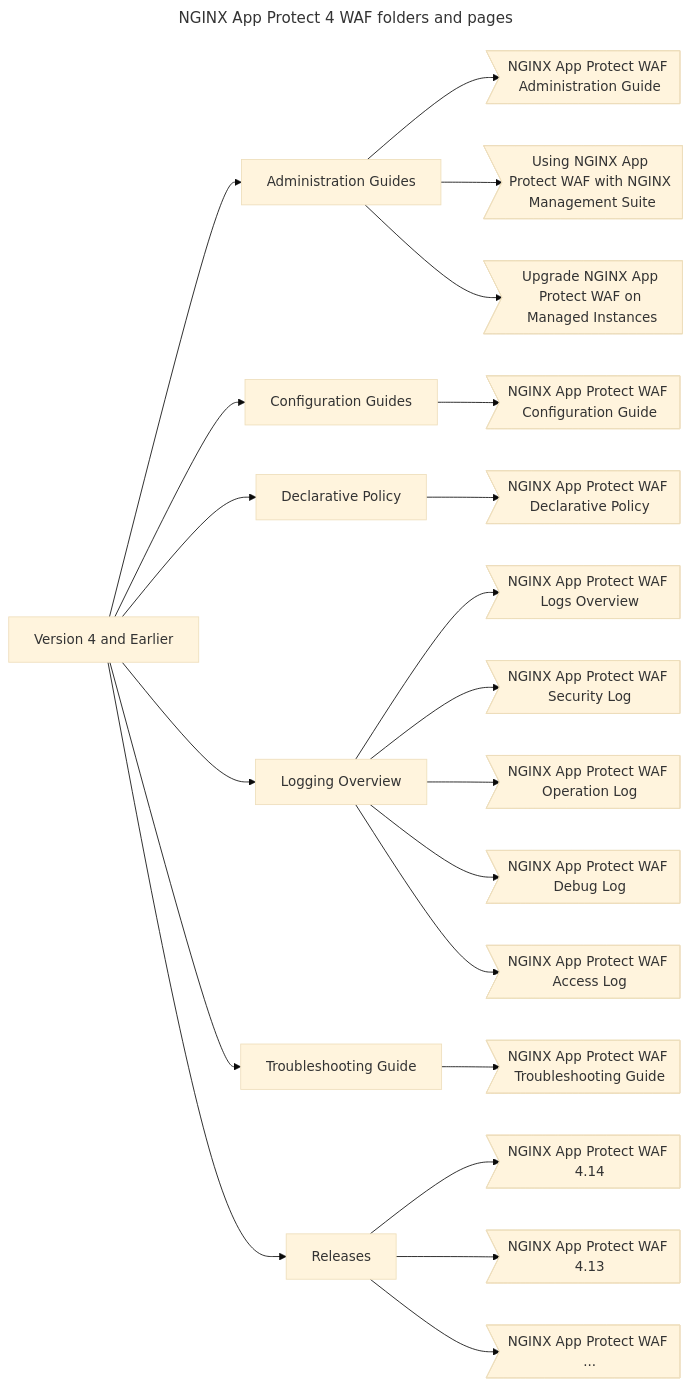
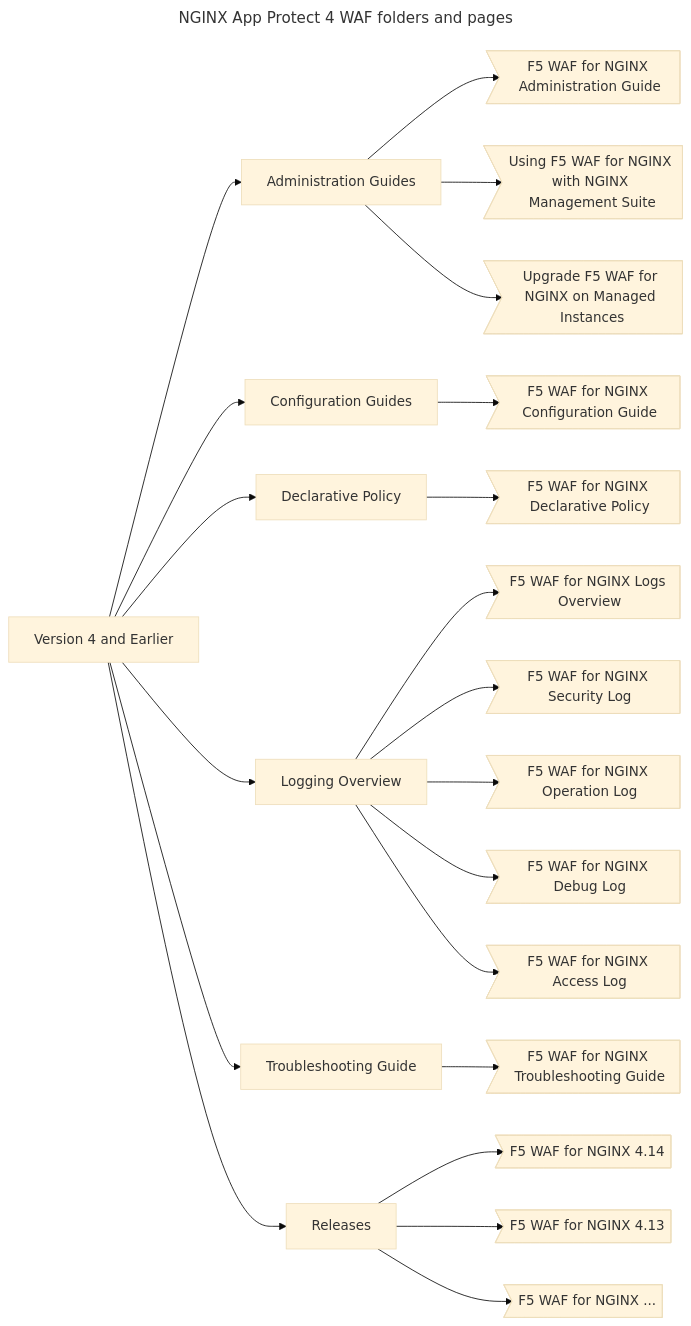
Before and after one commit to zahava-brown/documentation: the third of 7 diagrams in documentation/proposals/DOP-001.md, drawn with Mermaid (base theme). The commit also changed other lines of this file and 276 other files, not shown here.

First line of the commit message:
feat: F5 WAF for NGINX 5.9 Refactor (#949)

````diff
--- a/documentation/proposals/DOP-001.md
+++ b/documentation/proposals/DOP-001.md
@@ -100,62 +100,62 @@
 ```mermaid
 ---
 title: NGINX App Protect 4 WAF folders and pages
 ---
 graph LR
 
     v4[Version 4 and Earlier]
 
     4ad[Administration Guides]
     4conf[Configuration Guides]
     4dec[Declarative Policy]
     4log[Logging Overview]
     4tro[Troubleshooting Guide]
     4rel[Releases]
 
     v4 --> 4ad
     v4 --> 4conf
     v4 --> 4dec
     v4 --> 4log
     v4 --> 4tro
     v4 --> 4rel
 
-    4adp>NGINX App Protect WAF Administration Guide]
-    4nms>Using NGINX App Protect WAF with NGINX Management Suite]
-    4upg>Upgrade NGINX App Protect WAF on Managed Instances]
+    4adp>F5 WAF for NGINX Administration Guide]
+    4nms>Using F5 WAF for NGINX with NGINX Management Suite]
+    4upg>Upgrade F5 WAF for NGINX on Managed Instances]
 
     4ad --> 4adp
     4ad --> 4nms
     4ad --> 4upg
 
-    4conp>NGINX App Protect WAF Configuration Guide]
+    4conp>F5 WAF for NGINX Configuration Guide]
 
     4conf --> 4conp
 
-    4decp>NGINX App Protect WAF Declarative Policy]
+    4decp>F5 WAF for NGINX Declarative Policy]
 
     4dec --> 4decp
 
-    4logov>NGINX App Protect WAF Logs Overview]
-    4logsc>NGINX App Protect WAF Security Log]
-    4logop>NGINX App Protect WAF Operation Log]
-    4logdb>NGINX App Protect WAF Debug Log]
-    4logac>NGINX App Protect WAF Access Log]
+    4logov>F5 WAF for NGINX Logs Overview]
+    4logsc>F5 WAF for NGINX Security Log]
+    4logop>F5 WAF for NGINX Operation Log]
+    4logdb>F5 WAF for NGINX Debug Log]
+    4logac>F5 WAF for NGINX Access Log]
 
     4log --> 4logov
     4log --> 4logsc
     4log --> 4logop
     4log --> 4logdb
     4log --> 4logac
 
-    4trog>NGINX App Protect WAF Troubleshooting Guide]
+    4trog>F5 WAF for NGINX Troubleshooting Guide]
 
     4tro --> 4trog
 
-    4rel1>"NGINX App Protect WAF 4.14"]
-    4rel2>"NGINX App Protect WAF 4.13"]
-    4rel3>"NGINX App Protect WAF ..."]
+    4rel1>"F5 WAF for NGINX 4.14"]
+    4rel2>"F5 WAF for NGINX 4.13"]
+    4rel3>"F5 WAF for NGINX ..."]
 
     4rel --> 4rel1
     4rel --> 4rel2
     4rel --> 4rel3
 ```
````
